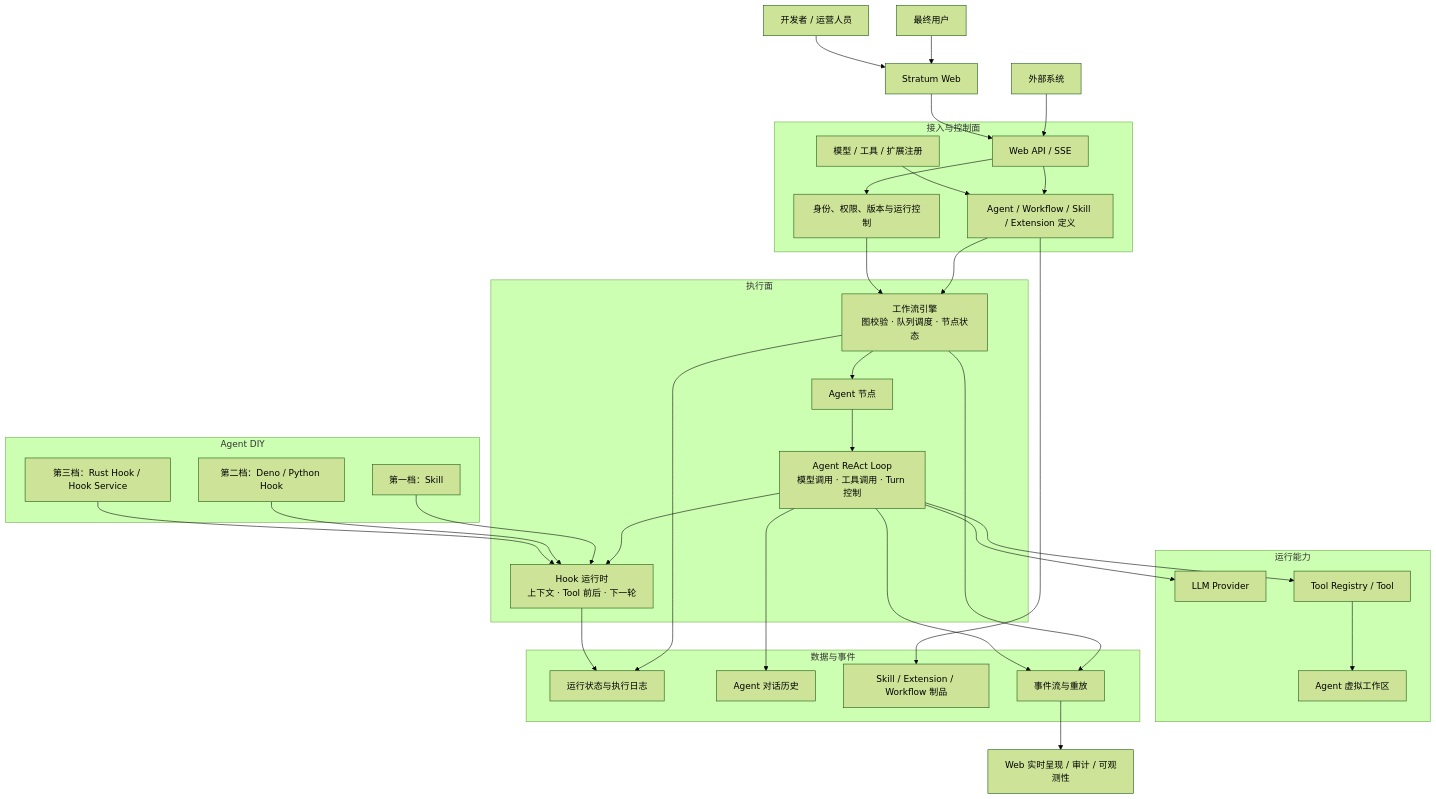
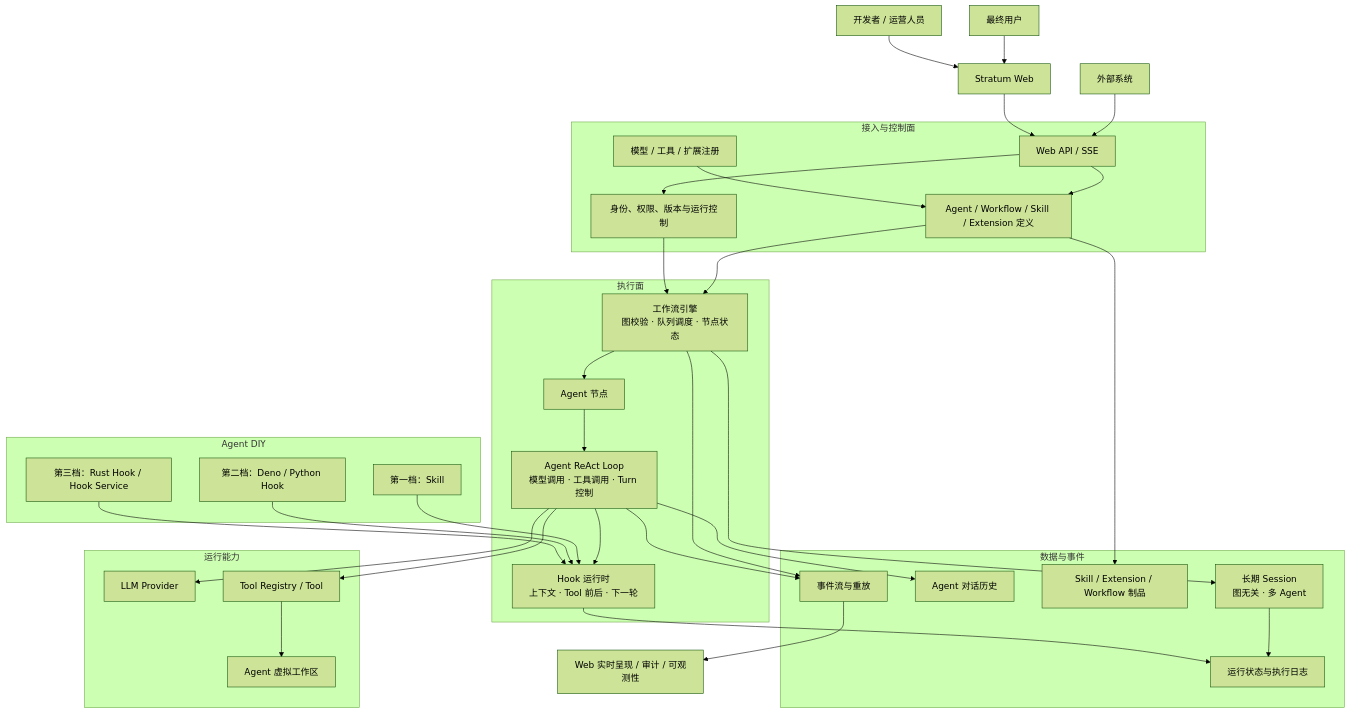
The diagram in ARCH.md (time-gift24/stratum), drawn with Mermaid (forest theme) before and after one commit. The commit also changed other lines of this file and 80 other files, not shown here.

````diff
--- a/ARCH.md
+++ b/ARCH.md
@@ -9,61 +9,63 @@
 ```mermaid
 flowchart TB
     User["最终用户"] --> Web["Stratum Web"]
     Developer["开发者 / 运营人员"] --> Web
     External["外部系统"] --> API["Web API / SSE"]
     Web --> API
 
     subgraph Control["接入与控制面"]
         API --> Definition["Agent / Workflow / Skill / Extension 定义"]
         API --> Governance["身份、权限、版本与运行控制"]
         Registry["模型 / 工具 / 扩展注册"] --> Definition
     end
 
     subgraph Runtime["执行面"]
         Workflow["工作流引擎<br/>图校验 · 队列调度 · 节点状态"]
         AgentNode["Agent 节点"]
         Agent["Agent ReAct Loop<br/>模型调用 · 工具调用 · Turn 控制"]
         Hook["Hook 运行时<br/>上下文 · Tool 前后 · 下一轮"]
 
         Workflow --> AgentNode --> Agent --> Hook
     end
 
     Definition --> Workflow
     Governance --> Workflow
 
     subgraph DIY["Agent DIY"]
         Skill["第一档：Skill"]
         Script["第二档：Deno / Python Hook"]
         Rust["第三档：Rust Hook / Hook Service"]
     end
 
     Skill --> Hook
     Script --> Hook
     Rust --> Hook
 
     subgraph Capability["运行能力"]
         LLM["LLM Provider"]
         Tool["Tool Registry / Tool"]
         Workspace["Agent 虚拟工作区"]
     end
 
     Agent --> LLM
     Agent --> Tool
     Tool --> Workspace
 
     subgraph Data["数据与事件"]
+        Session["长期 Session<br/>图无关 · 多 Agent"]
         State["运行状态与执行日志"]
         History["Agent 对话历史"]
         Artifact["Skill / Extension / Workflow 制品"]
         EventBus["事件流与重放"]
     end
 
-    Workflow --> State
+    Session --> State
+    Workflow --> Session
     Agent --> History
     Hook --> State
     Definition --> Artifact
     Workflow --> EventBus
     Agent --> EventBus
 
     EventBus --> Observe["Web 实时呈现 / 审计 / 可观测性"]
 ```
````
